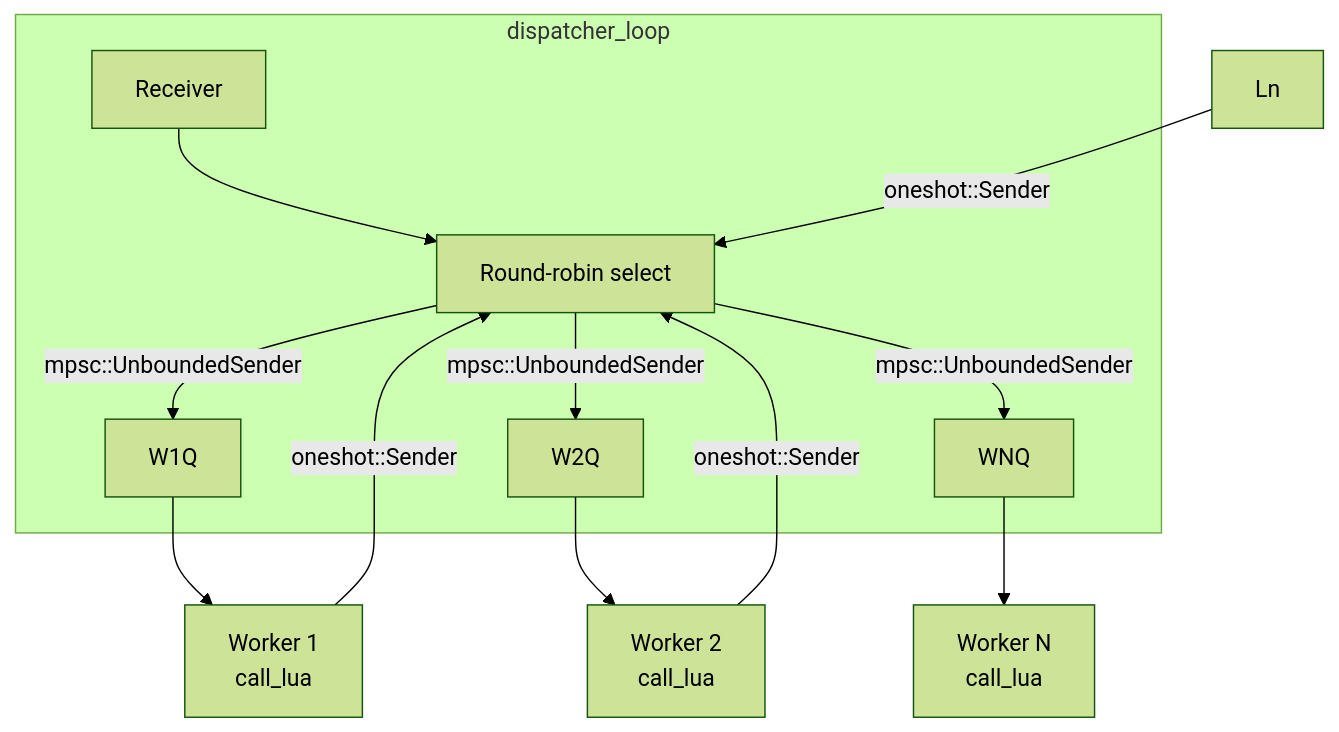
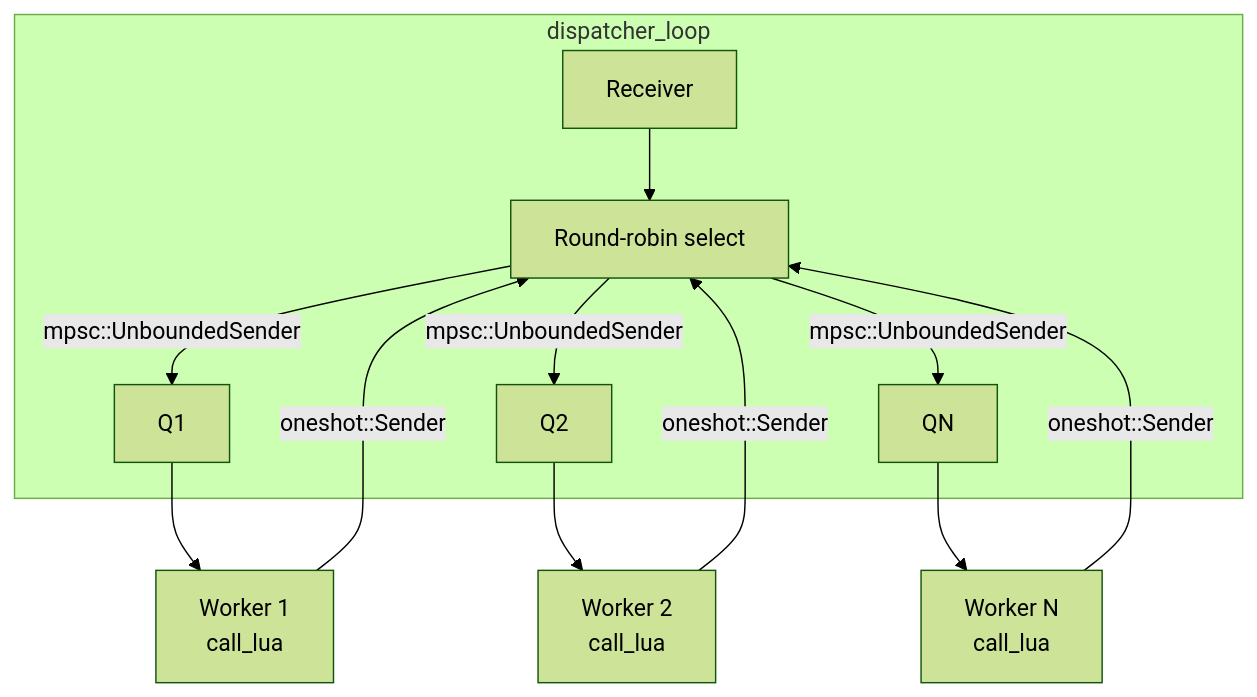
Before and after one commit to bubblegutz/pinhead: the third of 9 diagrams in docs/ARCHITECTURE.md, drawn with Mermaid (forest theme).

````diff
--- a/docs/ARCHITECTURE.md
+++ b/docs/ARCHITECTURE.md
@@ -79,17 +79,17 @@
 ```mermaid
 flowchart TB
     subgraph Dispatcher["dispatcher_loop"]
-        RX["Receiver<HandlerRequest>"] --> ROUND["Round-robin select"]
-        ROUND -->|mpsc::UnboundedSender| W1Q
-        ROUND -->|mpsc::UnboundedSender| W2Q
-        ROUND -->|mpsc::UnboundedSender| WNQ
+        RX["Receiver<HandlerRequest>"] --> SELECT["Round-robin select"]
+        SELECT -->|mpsc::UnboundedSender| Q1
+        SELECT -->|mpsc::UnboundedSender| Q2
+        SELECT -->|mpsc::UnboundedSender| QN
     end
 
-    W1Q --> L1["Worker 1\ncall_lua"]
-    W2Q --> L2["Worker 2\ncall_lua"]
-    WNQ --> LN["Worker N\ncall_lua"]
+    Q1 --> W1["Worker 1\ncall_lua"]
+    Q2 --> W2["Worker 2\ncall_lua"]
+    QN --> WN["Worker N\ncall_lua"]
 
-    L1 -->|oneshot::Sender| ROUND
-    L2 -->|oneshot::Sender| ROUND
-    Ln -->|oneshot::Sender| ROUND
+    W1 -->|oneshot::Sender| SELECT
+    W2 -->|oneshot::Sender| SELECT
+    WN -->|oneshot::Sender| SELECT
 ```
````
